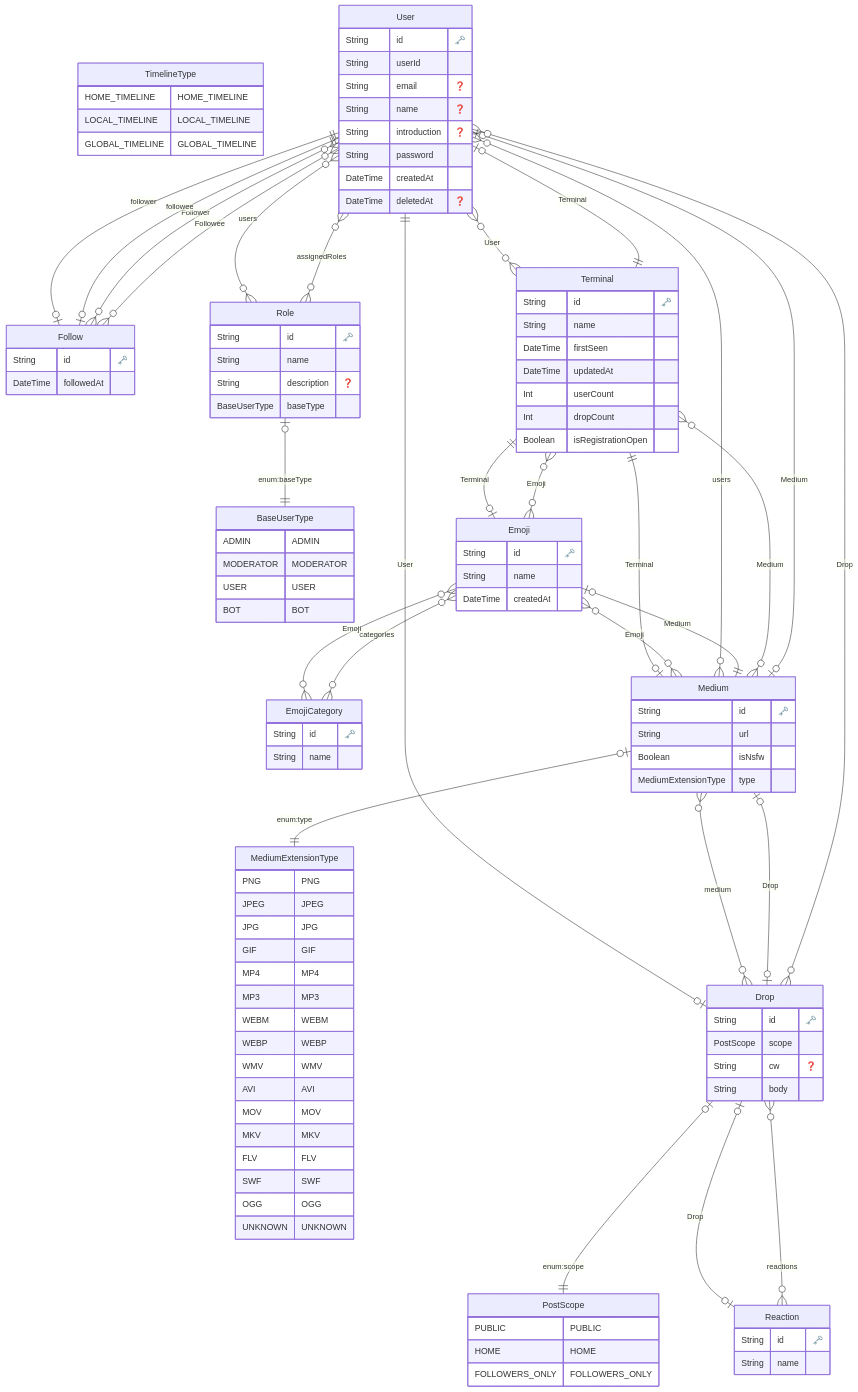
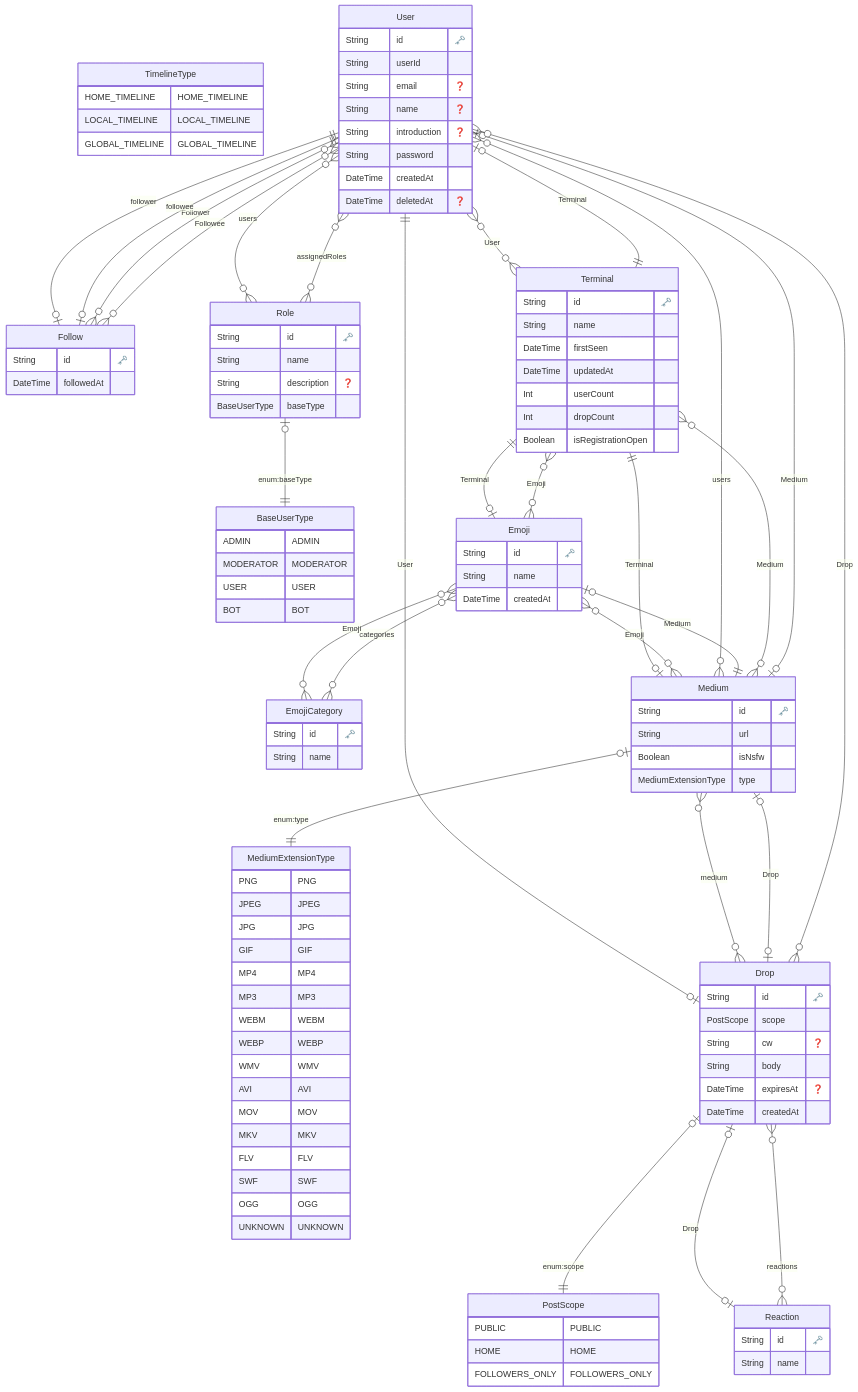
One commit to na2na-p/avion changed the diagram in packages/backend/prisma/erd.md. Above: the diagram before and after it, drawn with Mermaid. The commit also changed 2 other files, not shown here.

Commit message:
Add 時限投稿に対応

```diff
--- a/packages/backend/prisma/erd.md
+++ b/packages/backend/prisma/erd.md
@@ -68,6 +68,8 @@
     PostScope scope 
     String cw "❓"
     String body 
+    DateTime expiresAt "❓"
+    DateTime createdAt 
     }
   
 
```
